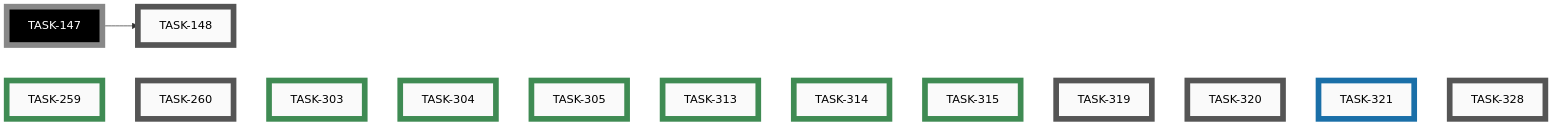
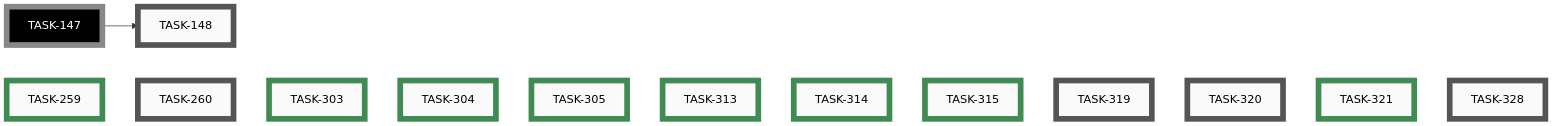
One commit to tgd1975/AwesomeStudioPedal changed the eighth of 8 diagrams in docs/developers/tasks/EPICS.md. Above: the diagram before and after it, drawn with Mermaid. The commit also changed other lines of this file and 5 other files, not shown here.

Commit message:
close TASK-321: Fix CI failures (Mermaid lint, clang-tidy) and prevent dirty pushes

````diff
--- a/docs/developers/tasks/EPICS.md
+++ b/docs/developers/tasks/EPICS.md
@@ -288,40 +288,40 @@
 ```mermaid
 graph LR
     TASK_148["TASK-148"]:::open
     TASK_260["TASK-260"]:::open
     TASK_319["TASK-319"]:::open
     TASK_320["TASK-320"]:::open
     TASK_328["TASK-328"]:::open
-    TASK_321["TASK-321"]:::active
     TASK_259["TASK-259"]:::closed
     TASK_303["TASK-303"]:::closed
     TASK_304["TASK-304"]:::closed
     TASK_305["TASK-305"]:::closed
     TASK_313["TASK-313"]:::closed
     TASK_314["TASK-314"]:::closed
     TASK_315["TASK-315"]:::closed
+    TASK_321["TASK-321"]:::closed
     TASK_147["TASK-147"]:::openExt
     TASK_147 --> TASK_148
     TASK_259 ~~~ TASK_260 ~~~ TASK_303 ~~~ TASK_304 ~~~ TASK_305 ~~~ TASK_313 ~~~ TASK_314 ~~~ TASK_315 ~~~ TASK_319 ~~~ TASK_320 ~~~ TASK_321 ~~~ TASK_328
     click TASK_148 "open/task-148-reorganise-developer-documentation.md"
     click TASK_260 "open/task-260-unify-version-numbers-across-deliverables.md"
     click TASK_319 "open/task-319-remove-wireviz-precommit-block.md"
     click TASK_320 "open/task-320-remove-ble-flag-precommit-check.md"
     click TASK_328 "open/task-328-prevent-parallel-housekeep-execution.md"
-    click TASK_321 "active/task-321-fix-ci-failures-mermaid-clang-tidy.md"
     click TASK_259 "closed/task-259-android-app-test-protocol.md"
     click TASK_303 "closed/task-303-simulator-boots-with-demo-loaded.md"
     click TASK_304 "closed/task-304-simulator-button-no-hover-reaction.md"
     click TASK_305 "closed/task-305-add-category-field-to-ideas.md"
     click TASK_313 "closed/task-313-emoji-icons-for-idea-categories.md"
     click TASK_314 "closed/task-314-nbsp-between-icon-and-category.md"
     click TASK_315 "closed/task-315-idea-sub-file-naming-convention.md"
+    click TASK_321 "closed/task-321-fix-ci-failures-mermaid-clang-tidy.md"
     classDef open    fill:#FAFAFA,stroke:#555,stroke-width:8px,color:#000
     classDef active  fill:#FAFAFA,stroke:#1A6FA8,stroke-width:8px,color:#000
     classDef closed  fill:#FAFAFA,stroke:#3F8B53,stroke-width:8px,color:#000
     classDef paused  fill:#FAFAFA,stroke:#B07810,stroke-width:8px,color:#000
     classDef openExt    fill:#000,stroke:#888,stroke-width:8px,color:#FFF
     classDef activeExt  fill:#000,stroke:#3FA9F5,stroke-width:8px,color:#FFF
     classDef closedExt  fill:#000,stroke:#7CC68A,stroke-width:8px,color:#FFF
     classDef pausedExt  fill:#000,stroke:#F0B030,stroke-width:8px,color:#FFF
 ```
````
